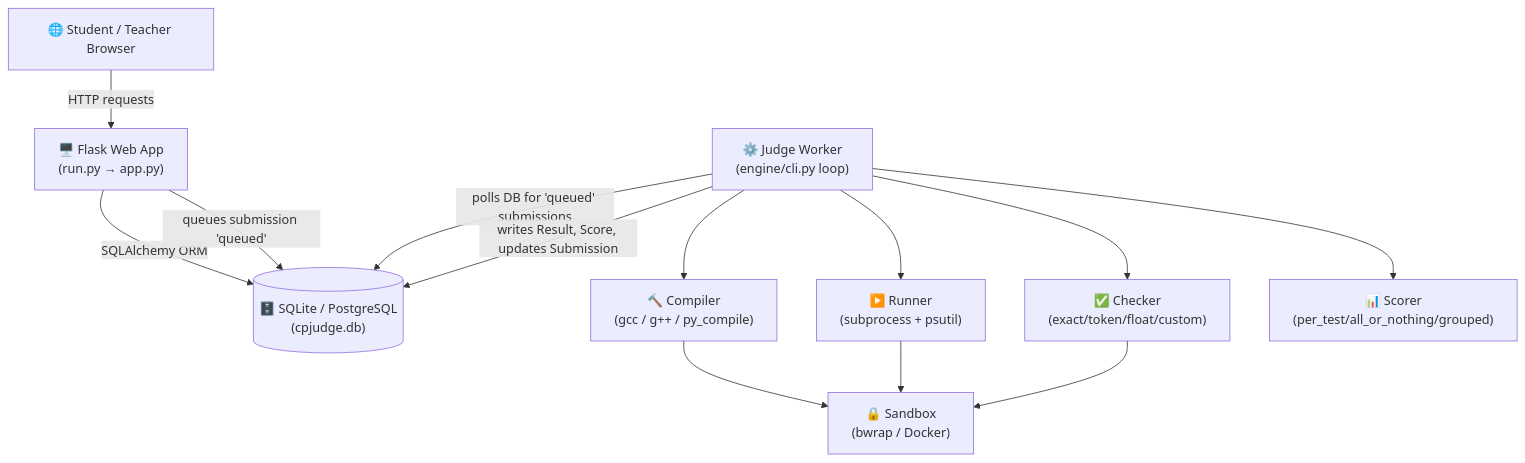
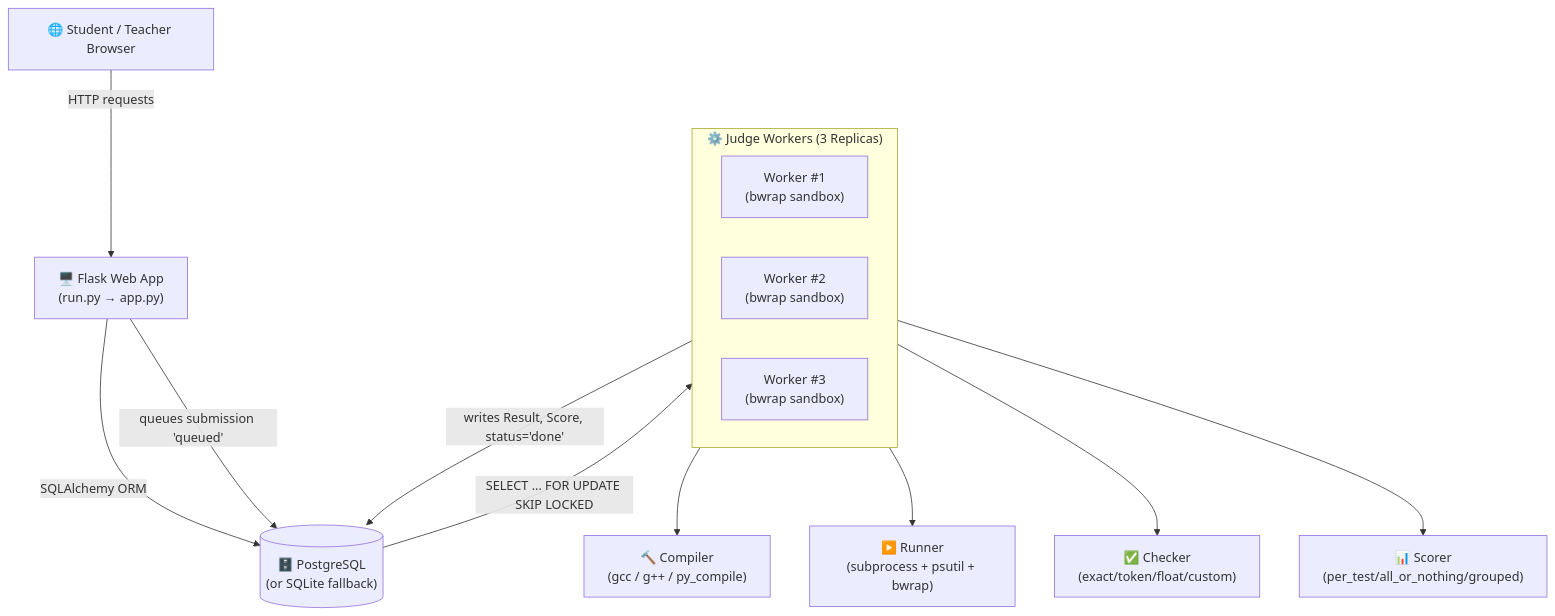
One commit to abdulwahabqaisar7/PFLabJudge changed the first of 3 diagrams in fulldetail.md. Above: the diagram before and after it, drawn with Mermaid. The commit also changed other lines of this file and 3 other files, not shown here.

````diff
--- a/fulldetail.md
+++ b/fulldetail.md
@@ -103,25 +103,27 @@
 ```mermaid
 flowchart TD
     Browser["🌐 Student / Teacher Browser"]
     Web["🖥️ Flask Web App\n(run.py → app.py)"]
-    DB[("🗄️ SQLite / PostgreSQL\n(cpjudge.db)")]
-    Worker["⚙️ Judge Worker\n(engine/cli.py loop)"]
-    Sandbox["🔒 Sandbox\n(bwrap / Docker)"]
+    DB[("🗄️ PostgreSQL\n(or SQLite fallback)")]
+    
+    subgraph ParallelWorkers["⚙️ Judge Workers (3 Replicas)"]
+        W1["Worker #1\n(bwrap sandbox)"]
+        W2["Worker #2\n(bwrap sandbox)"]
+        W3["Worker #3\n(bwrap sandbox)"]
+    end
+
     Compiler["🔨 Compiler\n(gcc / g++ / py_compile)"]
-    Runner["▶️ Runner\n(subprocess + psutil)"]
+    Runner["▶️ Runner\n(subprocess + psutil + bwrap)"]
     Checker["✅ Checker\n(exact/token/float/custom)"]
     Scorer["📊 Scorer\n(per_test/all_or_nothing/grouped)"]
 
     Browser -->|HTTP requests| Web
     Web -->|SQLAlchemy ORM| DB
     Web -->|queues submission 'queued'| DB
-    Worker -->|polls DB for 'queued' submissions| DB
-    Worker --> Compiler
-    Compiler --> Sandbox
-    Worker --> Runner
-    Runner --> Sandbox
-    Worker --> Checker
-    Checker --> Sandbox
-    Worker --> Scorer
-    Worker -->|writes Result, Score, updates Submission| DB
+    DB -->|SELECT ... FOR UPDATE SKIP LOCKED| ParallelWorkers
+    ParallelWorkers --> Compiler
+    ParallelWorkers --> Runner
+    ParallelWorkers --> Checker
+    ParallelWorkers --> Scorer
+    ParallelWorkers -->|writes Result, Score, status='done'| DB
 ```
````
